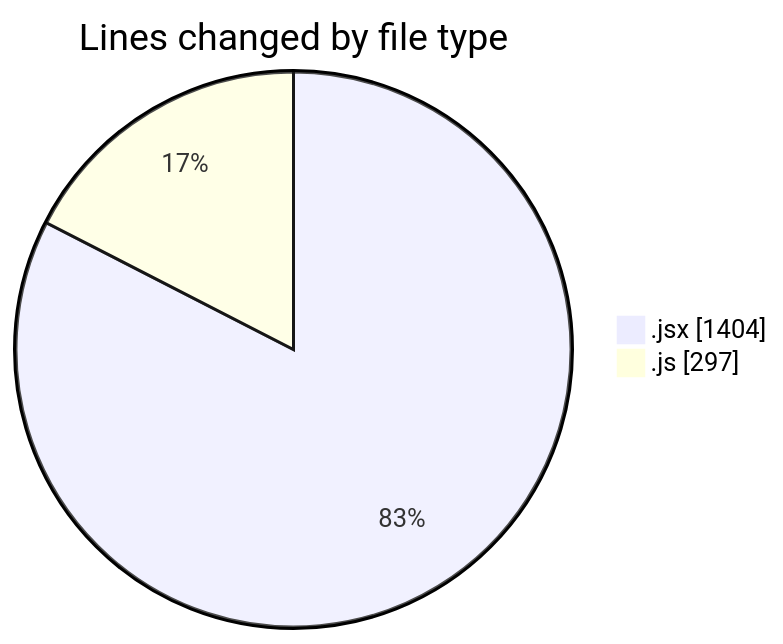
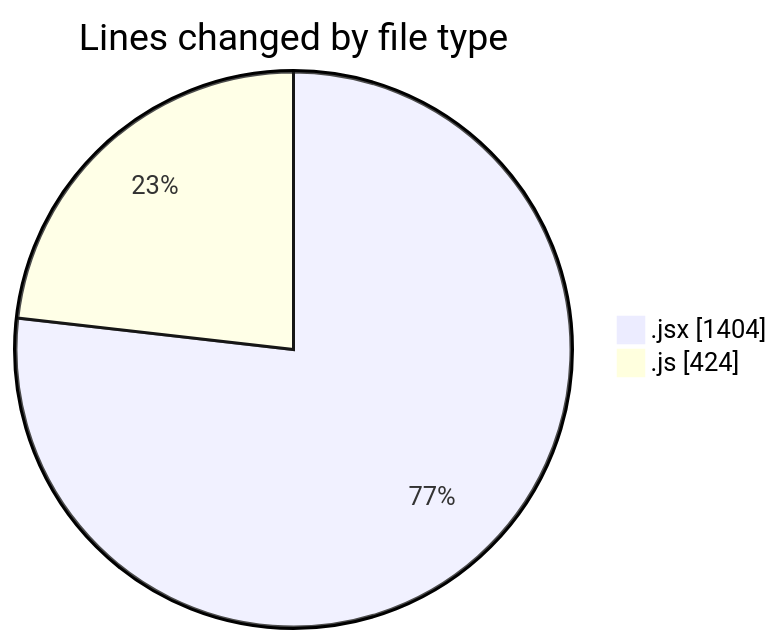
The first of 2 diagrams in 2025-11-17/argos/README.md (nxtqubesakshisongat/code-tracking), drawn with Mermaid before and after one commit. The commit also changed other lines of this file and 1 other file, not shown here.

````diff
--- a/2025-11-17/argos/README.md
+++ b/2025-11-17/argos/README.md
@@ -21,6 +22,6 @@
 ```mermaid
 pie showData
 title Lines changed by file type
 ".jsx" : 1404
-".js" : 297
+".js" : 424
 ```
````
